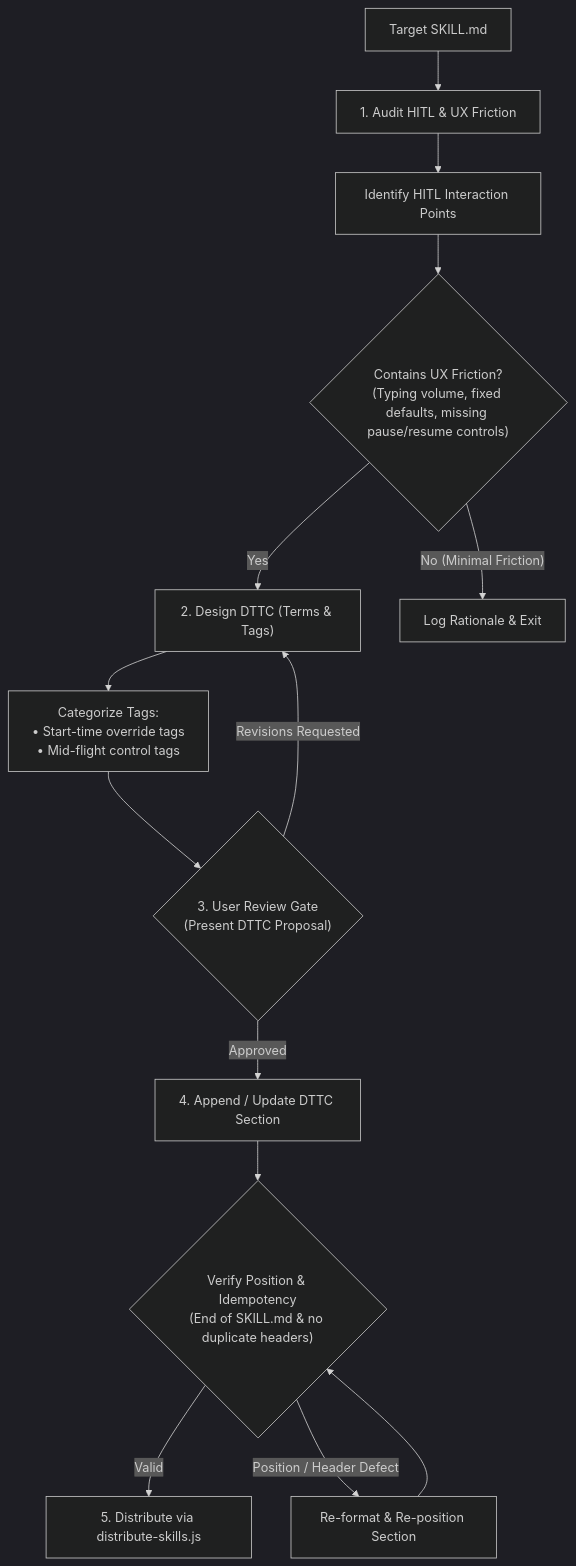
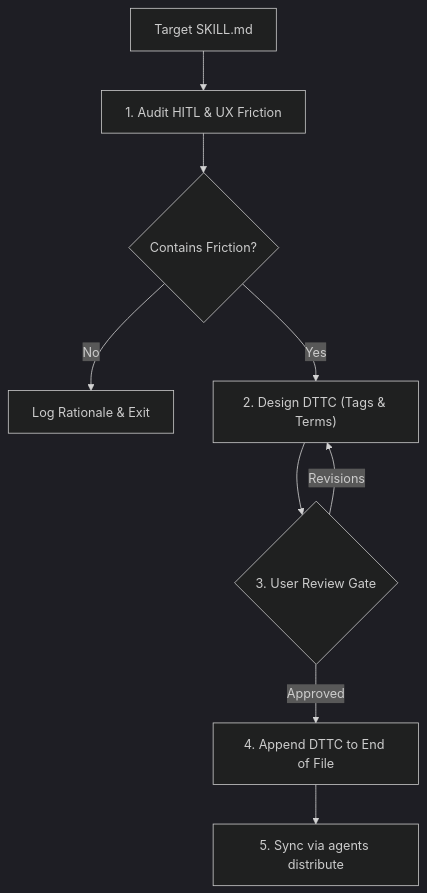
The diagram in productivity/write-skill-dttc/SKILL.md (loerei/myskills), drawn with Mermaid (dark theme) before and after one commit. The commit also changed other lines of this file and 101 other files, not shown here.

Commit message:
feat(skills): implement skill-tdd, make-the-change-easy, deslopped some skills and remove some skills

````diff
--- a/productivity/write-skill-dttc/SKILL.md
+++ b/productivity/write-skill-dttc/SKILL.md
@@ -12,19 +12,11 @@
 ```mermaid
 flowchart TD
     Start["Target SKILL.md"] --> Step1["1. Audit HITL & UX Friction"]
-    Step1 --> AuditHITL["Identify HITL Interaction Points"]
-    AuditHITL --> CheckFriction{"Contains UX Friction?<br/>(Typing volume, fixed defaults, missing pause/resume controls)"}
-    
-    CheckFriction -->|"Yes"| Step2["2. Design DTTC (Terms & Tags)"]
-    CheckFriction -->|"No (Minimal Friction)"| NoFrictionExit["Log Rationale & Exit"]
-    
-    Step2 --> DesignCategories["Categorize Tags:<br/>• Start-time override tags<br/>• Mid-flight control tags"]
-    
-    DesignCategories --> UserGate{"3. User Review Gate<br/>(Present DTTC Proposal)"}
-    UserGate -->|"Revisions Requested"| Step2
-    UserGate -->|"Approved"| Step4["4. Append / Update DTTC Section"]
-    
-    Step4 --> VerifyPosition{"Verify Position & Idempotency<br/>(End of SKILL.md & no duplicate headers)"}
-    VerifyPosition -->|"Valid"| Step5["5. Distribute via distribute-skills.js"]
-    VerifyPosition -->|"Position / Header Defect"| ReformatStep["Re-format & Re-position Section"] --> VerifyPosition
+    Step1 --> CheckFriction{"Contains Friction?"}
+    CheckFriction -->|"No"| Exit["Log Rationale & Exit"]
+    CheckFriction -->|"Yes"| Step2["2. Design DTTC (Tags & Terms)"]
+    Step2 --> UserGate{"3. User Review Gate"}
+    UserGate -->|"Revisions"| Step2
+    UserGate -->|"Approved"| Step4["4. Append DTTC to End of File"]
+    Step4 --> Distribute["5. Sync via agents distribute"]
 ```
````
